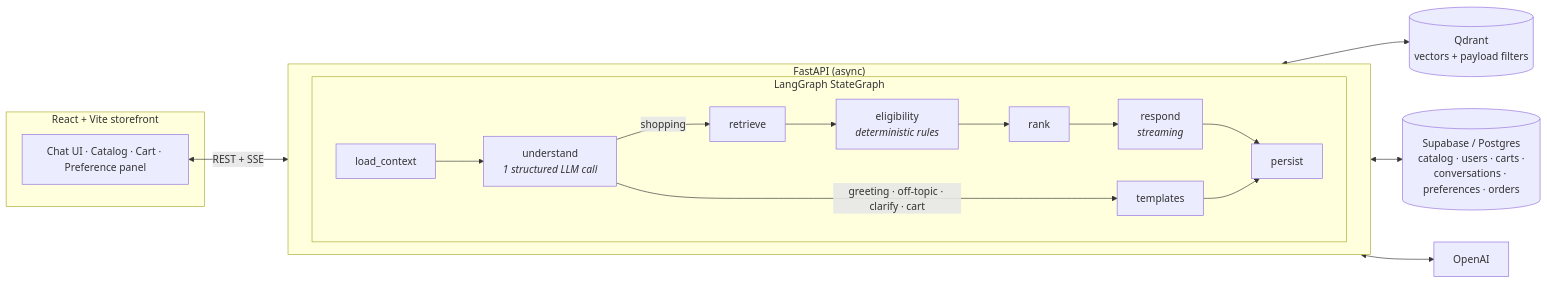
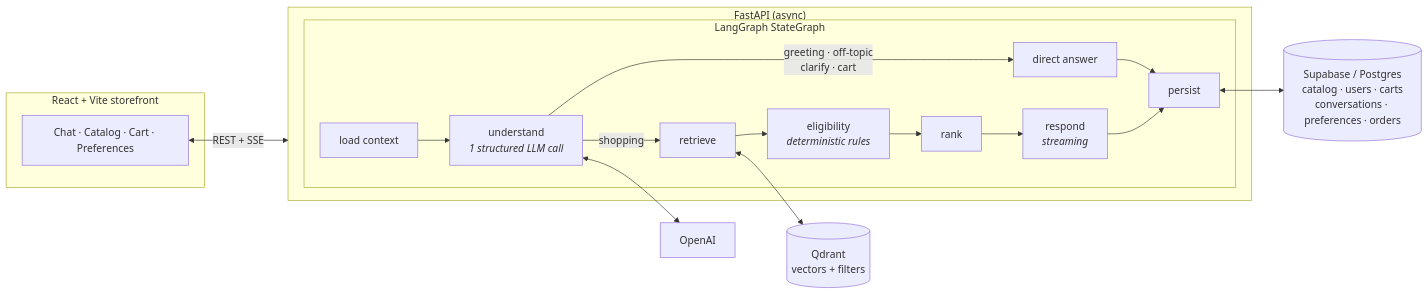
Before and after one commit to Akshaygarg034/OneShop-AI: the diagram in README.md, drawn with Mermaid. The commit also changed other lines of this file and 14 other files, not shown here.

````diff
--- a/README.md
+++ b/README.md
@@ -46,22 +99,21 @@
 ```mermaid
 flowchart LR
     subgraph Frontend["React + Vite storefront"]
-        UI[Chat UI · Catalog · Cart · Preference panel]
+        UI[Chat · Catalog · Cart · Preferences]
     end
 
     subgraph Backend["FastAPI (async)"]
-        direction LR
         subgraph Agent["LangGraph StateGraph"]
-            LC[load_context] --> U[understand<br/><i>1 structured LLM call</i>]
+            LC[load context] --> U[understand<br/><i>1 structured LLM call</i>]
             U -->|shopping| R[retrieve] --> E[eligibility<br/><i>deterministic rules</i>] --> RK[rank] --> RS[respond<br/><i>streaming</i>]
-            U -->|greeting · off-topic · clarify · cart| D[templates]
+            U -->|greeting · off-topic<br/>clarify · cart| D[direct answer]
             RS --> P[persist]
             D --> P
         end
     end
 
     UI <-->|REST + SSE| Backend
-    R <--> Q[(Qdrant<br/>vectors + payload filters)]
-    P <--> S[(Supabase / Postgres<br/>catalog · users · carts ·<br/>conversations · preferences · orders)]
+    R <--> Q[(Qdrant<br/>vectors + filters)]
+    P <--> S[(Supabase / Postgres<br/>catalog · users · carts<br/>conversations · preferences · orders)]
     U <--> O[OpenAI]
 ```
````
